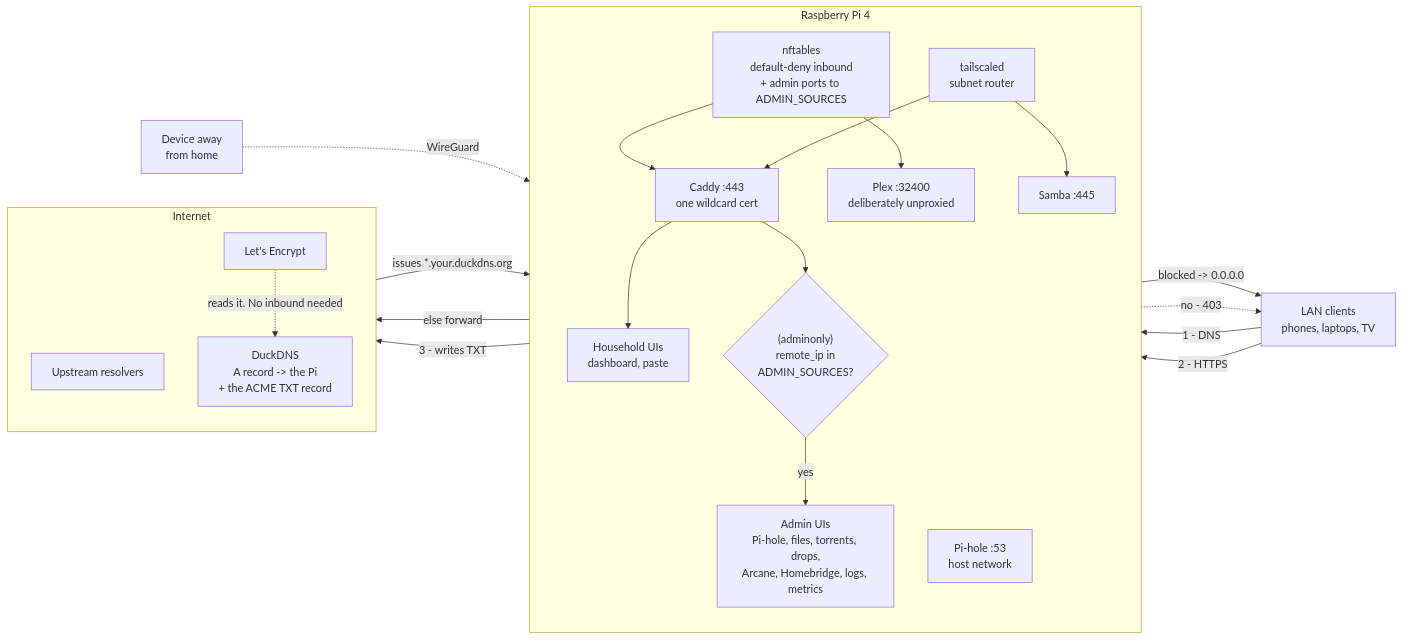
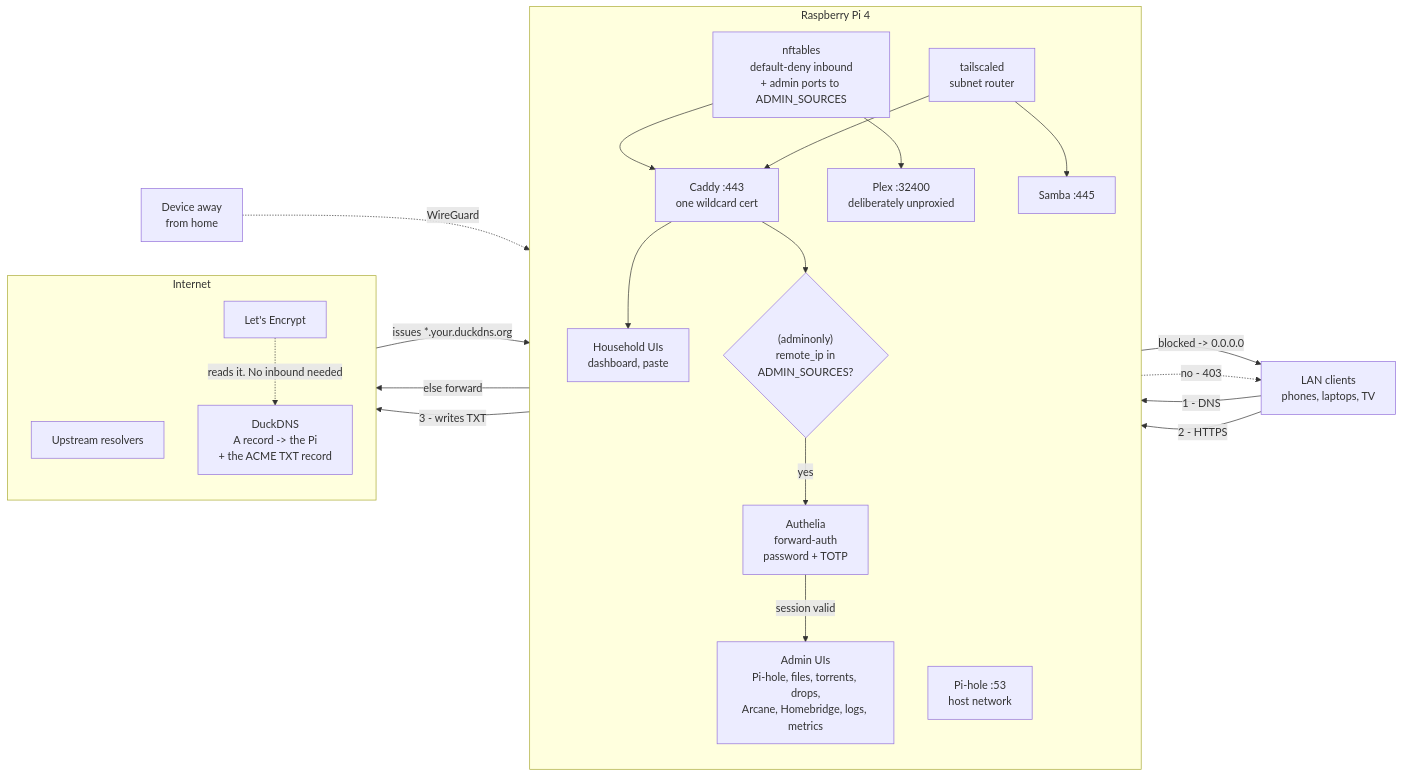
Before and after one commit to butteredstardust/homeberry: the first of 5 diagrams in README.md, drawn with Mermaid. The commit also changed other lines of this file, not shown here.

First line of the commit message:
docs(readme): sync with the code and add Mermaid diagrams (#1) [skip ci]

````diff
--- a/README.md
+++ b/README.md
@@ -85,42 +85,44 @@
 ```mermaid
 flowchart LR
     CLI["LAN clients<br/>phones, laptops, TV"]
     REM["Device away<br/>from home"]
 
     subgraph pi["Raspberry Pi 4"]
         direction TB
         NFT["nftables<br/>default-deny inbound<br/>+ admin ports to ADMIN_SOURCES"]
         PH["Pi-hole :53<br/>host network"]
         TS["tailscaled<br/>subnet router"]
         CAD["Caddy :443<br/>one wildcard cert"]
         ADM{"(adminonly)<br/>remote_ip in<br/>ADMIN_SOURCES?"}
+        AUTH["Authelia<br/>forward-auth<br/>password + TOTP"]
         APPS["Household UIs<br/>dashboard, paste"]
         ADMIN["Admin UIs<br/>Pi-hole, files, torrents, drops,<br/>Arcane, Homebridge, logs, metrics"]
         PLEX["Plex :32400<br/>deliberately unproxied"]
         SMB["Samba :445"]
     end
 
     subgraph net["Internet"]
         direction TB
         UP["Upstream resolvers"]
         DUCK["DuckDNS<br/>A record -> the Pi<br/>+ the ACME TXT record"]
         LE["Let's Encrypt"]
     end
 
     CLI -->|"1 - DNS"| PH
     PH -->|"blocked -> 0.0.0.0"| CLI
     PH -->|"else forward"| UP
     CLI -->|"2 - HTTPS"| NFT
     NFT --> CAD
     NFT --> PLEX
     CAD --> APPS
     CAD --> ADM
-    ADM -->|"yes"| ADMIN
+    ADM -->|"yes"| AUTH
+    AUTH -->|"session valid"| ADMIN
     ADM -.->|"no - 403"| CLI
     CAD -->|"3 - writes TXT"| DUCK
     LE -.->|"reads it. No inbound needed"| DUCK
     LE -->|"issues *.your.duckdns.org"| CAD
     REM -.->|"WireGuard"| TS
     TS --> CAD
     TS --> SMB
 ```
````
